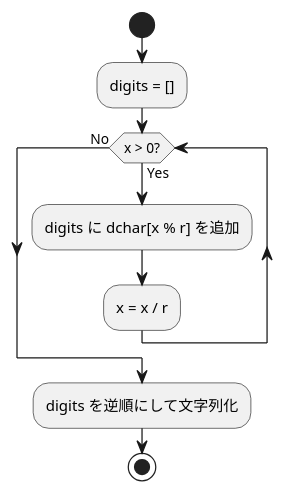
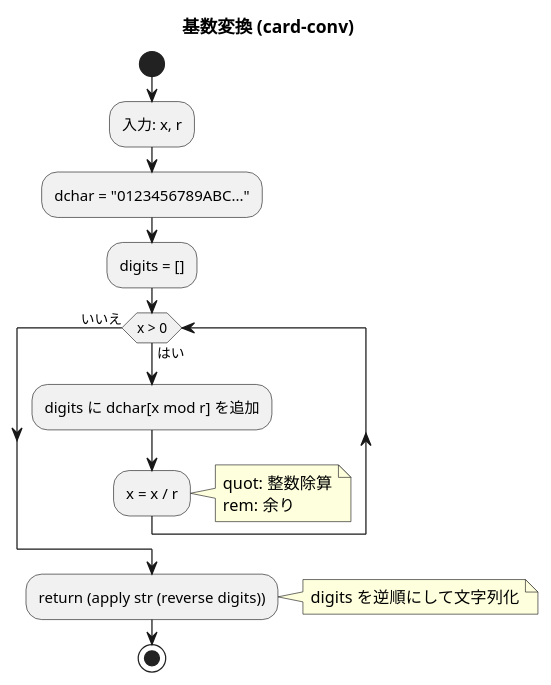
Before and after one commit to k2works/getting-started-algorithm: the third of 4 diagrams in docs/article/clojure/02-arrays.md, drawn with PlantUML. The commit also changed other lines of this file, not shown here.

````diff
--- a/docs/article/clojure/02-arrays.md
+++ b/docs/article/clojure/02-arrays.md
@@ -91,12 +209,26 @@
 ```plantuml
 @startuml
+title 基数変換 (card-conv)
+
 start
+:入力: x, r;
+:dchar = "0123456789ABC...";
 :digits = [];
-while (x > 0?) is (Yes)
-  :digits に dchar[x % r] を追加;
+
+while (x > 0) is (はい)
+  :digits に dchar[x mod r] を追加;
   :x = x / r;
-endwhile (No)
-:digits を逆順にして文字列化;
+  note right
+    quot: 整数除算
+    rem: 余り
+  end note
+endwhile (いいえ)
+
+:return (apply str (reverse digits));
+note right
+  digits を逆順にして文字列化
+end note
+
 stop
 @enduml
 ```
````
